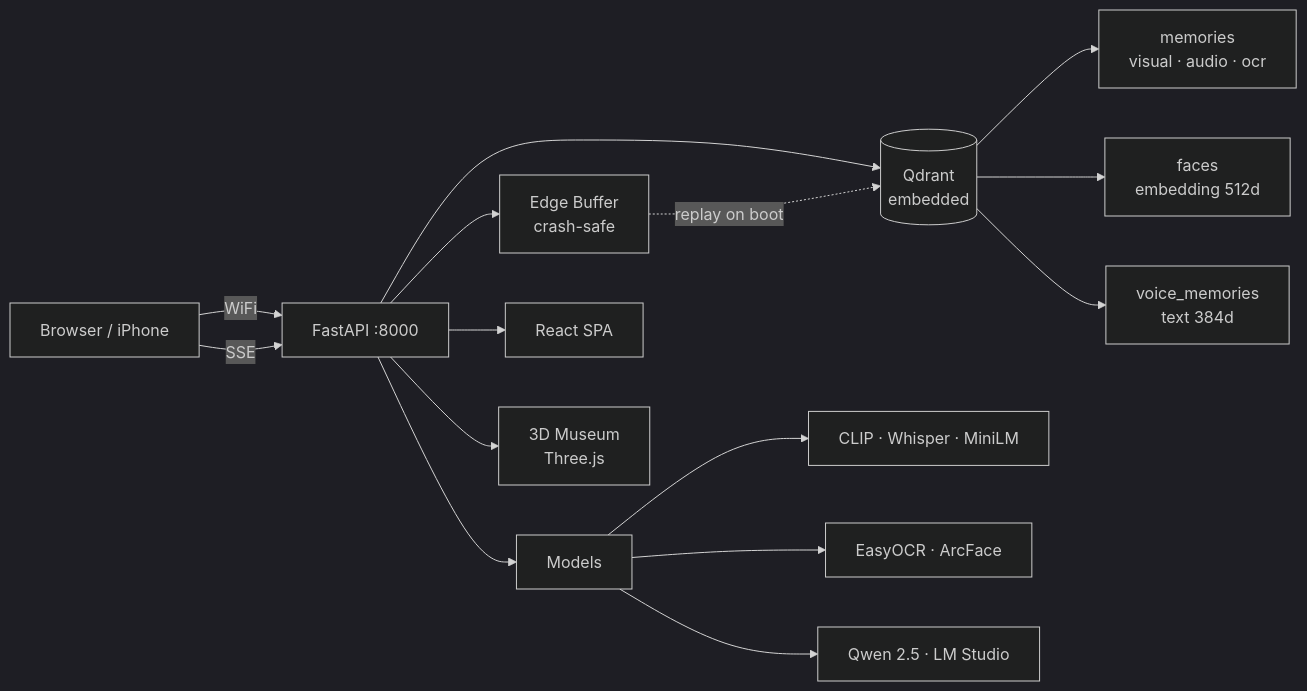
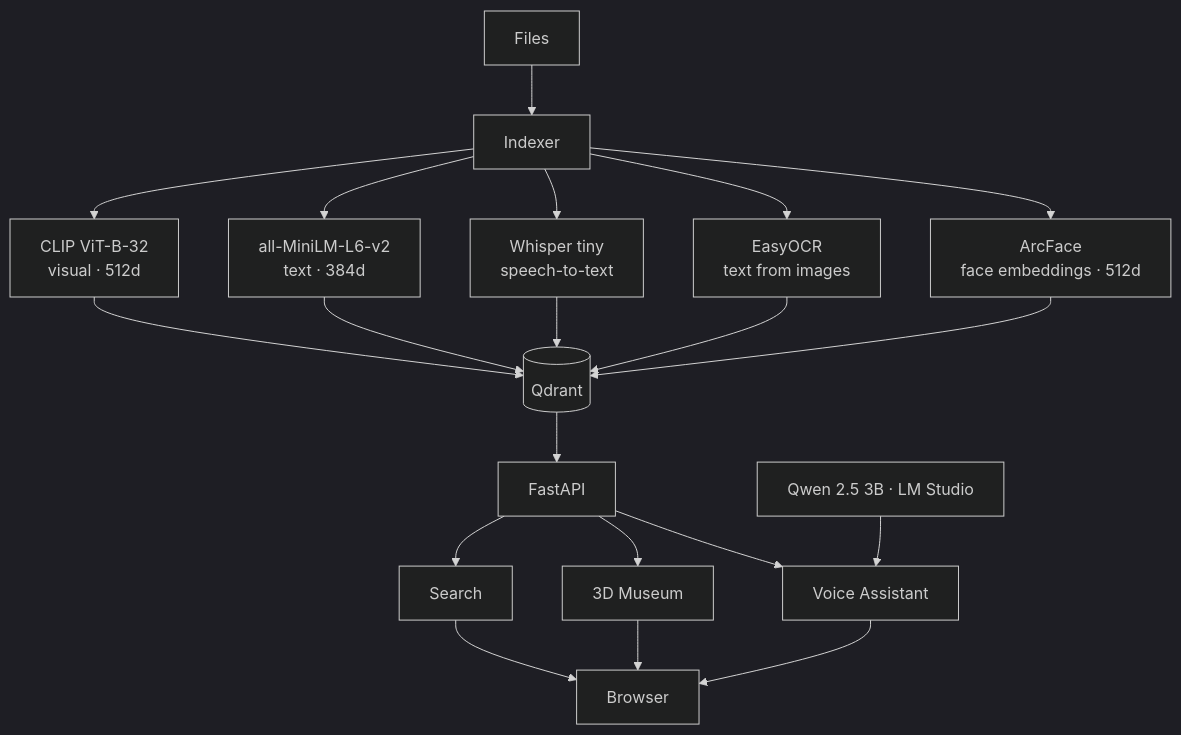
One commit to Goodnight77/Echoes-Qdrant-Hack changed the diagram in README.md. Above: the diagram before and after it, drawn with Mermaid (dark theme). The commit also changed other lines of this file and 15 other files, not shown here.

````diff
--- a/README.md
+++ b/README.md
@@ -23,17 +23,22 @@
 ```mermaid
-flowchart LR
-    A[Browser / iPhone] -->|WiFi| B[FastAPI :8000]
-    B --> C[(Qdrant<br/>embedded)]
-    B --> D[Edge Buffer<br/>crash-safe]
-    C --> E[memories<br/>visual · audio · ocr]
-    C --> F[faces<br/>embedding 512d]
-    C --> G[voice_memories<br/>text 384d]
-    B --> H[Models]
-    H --> I[CLIP · Whisper · MiniLM]
-    H --> J[EasyOCR · ArcFace]
-    H --> K[Qwen 2.5 · LM Studio]
-    B --> L[React SPA]
-    B --> M[3D Museum<br/>Three.js]
-    D -.->|replay on boot| C
-    A -->|SSE| B
+flowchart TB
+    A[Files] --> B[Indexer]
+    B --> C[CLIP ViT-B-32<br/>visual · 512d]
+    B --> D[all-MiniLM-L6-v2<br/>text · 384d]
+    B --> E[Whisper tiny<br/>speech-to-text]
+    B --> F[EasyOCR<br/>text from images]
+    B --> G[ArcFace<br/>face embeddings · 512d]
+    C --> H[(Qdrant)]
+    D --> H
+    E --> H
+    F --> H
+    G --> H
+    H --> I[FastAPI]
+    I --> J[Search]
+    I --> K[3D Museum]
+    I --> L[Voice Assistant]
+    J --> M[Browser]
+    K --> M
+    L --> M
+    N[Qwen 2.5 3B · LM Studio] --> L
 ```
````
